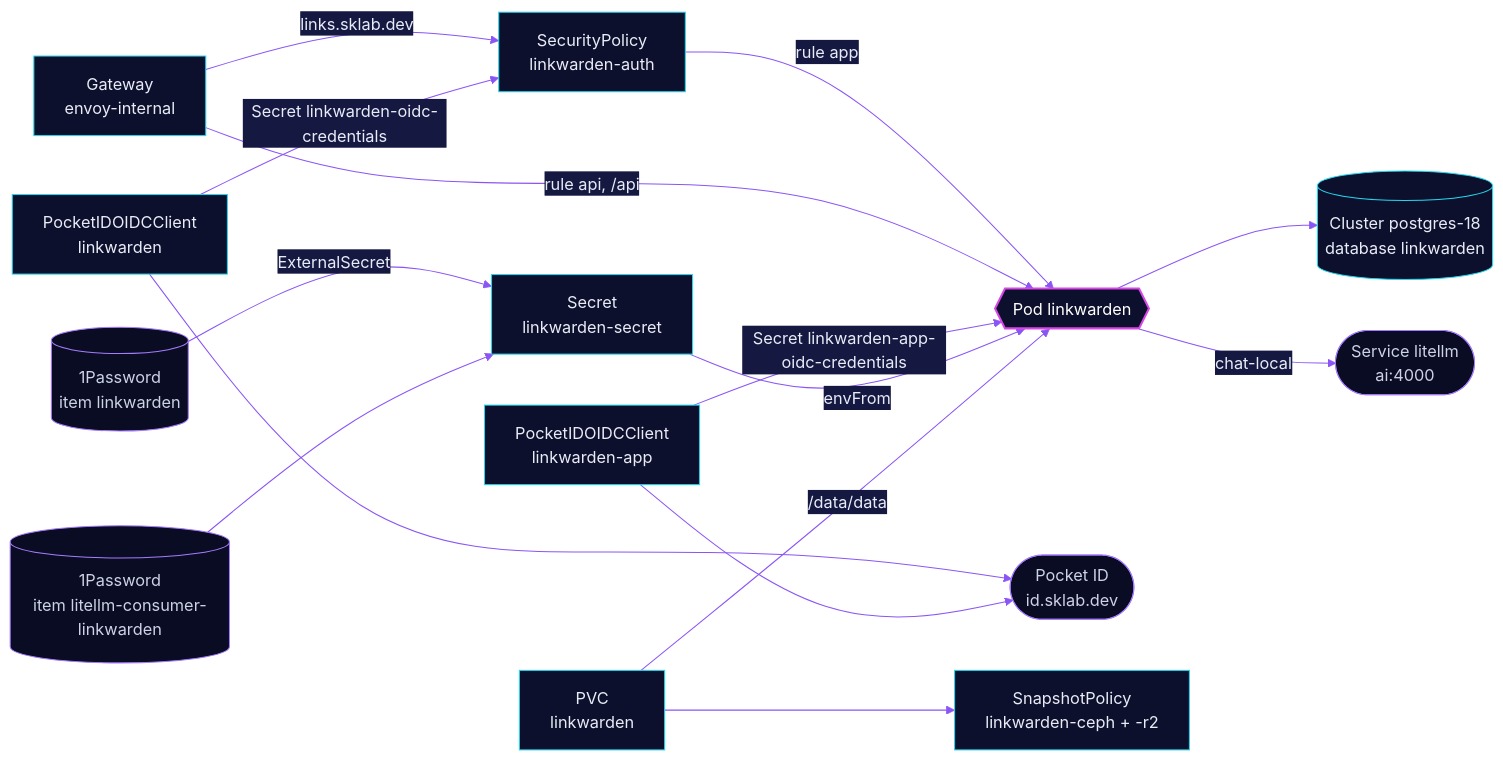
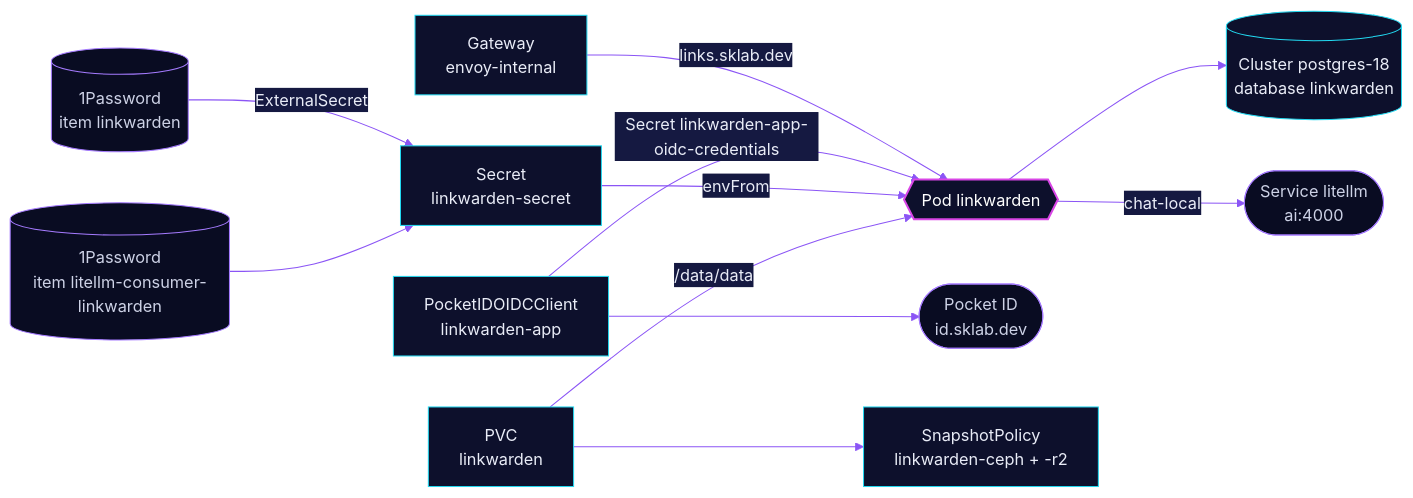
Before and after one commit to skrumbach/home-ops: the diagram in kubernetes/apps/base/selfhosted/linkwarden/README.md, drawn with Mermaid. The commit also changed other lines of this file and 6 other files, not shown here.

First line of the commit message:
feat(linkwarden): one sign-in, drop the Envoy gate in front of the native login

````diff
--- a/kubernetes/apps/base/selfhosted/linkwarden/README.md
+++ b/kubernetes/apps/base/selfhosted/linkwarden/README.md
@@ -41,22 +39,19 @@
 ```mermaid
 %%{init: {'theme':'base','themeVariables':{'primaryColor':'#0D102C','primaryTextColor':'#E9ECF7','primaryBorderColor':'#22D8F0','lineColor':'#8B55F5','secondaryColor':'#151941','tertiaryColor':'#090C22','edgeLabelBackground':'#151941'}}}%%
 flowchart LR
-  gw["Gateway<br/>envoy-internal"] -->|"links.sklab.dev"| pol["SecurityPolicy<br/>linkwarden-auth"]
-  pol -->|"rule app"| pod{{"Pod linkwarden"}}
-  gw -->|"rule api, /api"| pod
-  cl["PocketIDOIDCClient<br/>linkwarden"] -->|"Secret linkwarden-oidc-credentials"| pol
-  cl --> pid(["Pocket ID<br/>id.sklab.dev"])
+  gw["Gateway<br/>envoy-internal"] -->|"links.sklab.dev"| pod{{"Pod linkwarden"}}
+  pid(["Pocket ID<br/>id.sklab.dev"])
   cla["PocketIDOIDCClient<br/>linkwarden-app"] -->|"Secret linkwarden-app-oidc-credentials"| pod
   cla --> pid
   op[("1Password<br/>item linkwarden")] -->|ExternalSecret| sec["Secret<br/>linkwarden-secret"]
   lkey[("1Password<br/>item litellm-consumer-linkwarden")] --> sec
   sec -->|envFrom| pod
   pod --> db[("Cluster postgres-18<br/>database linkwarden")]
   pod -->|chat-local| llm(["Service litellm<br/>ai:4000"])
   pvc["PVC<br/>linkwarden"] -->|/data/data| pod
   pvc --> sp["SnapshotPolicy<br/>linkwarden-ceph + -r2"]
   classDef accent fill:#0D102C,stroke:#D946E6,stroke-width:2px,color:#FFFFFF
   classDef ext fill:#090C22,stroke:#A57BFF,color:#CDD2E6
   class pod accent
   class op,lkey,pid,llm ext
 ```
````
